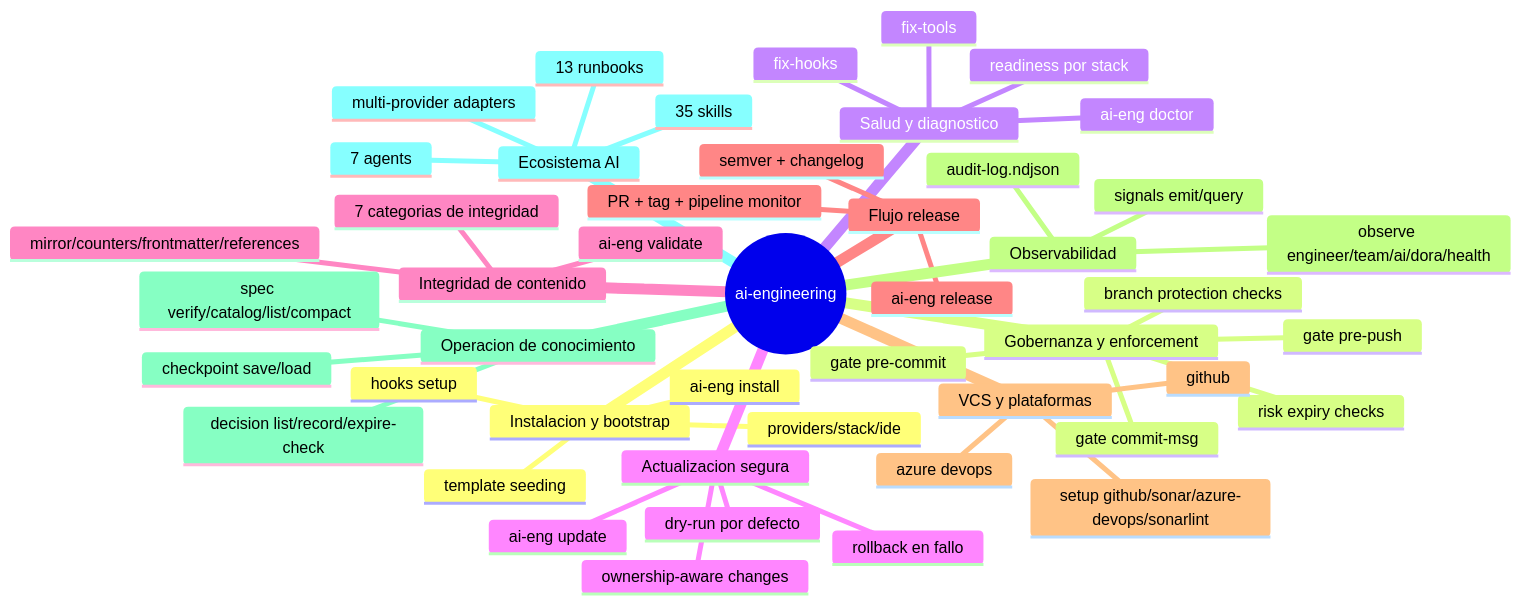
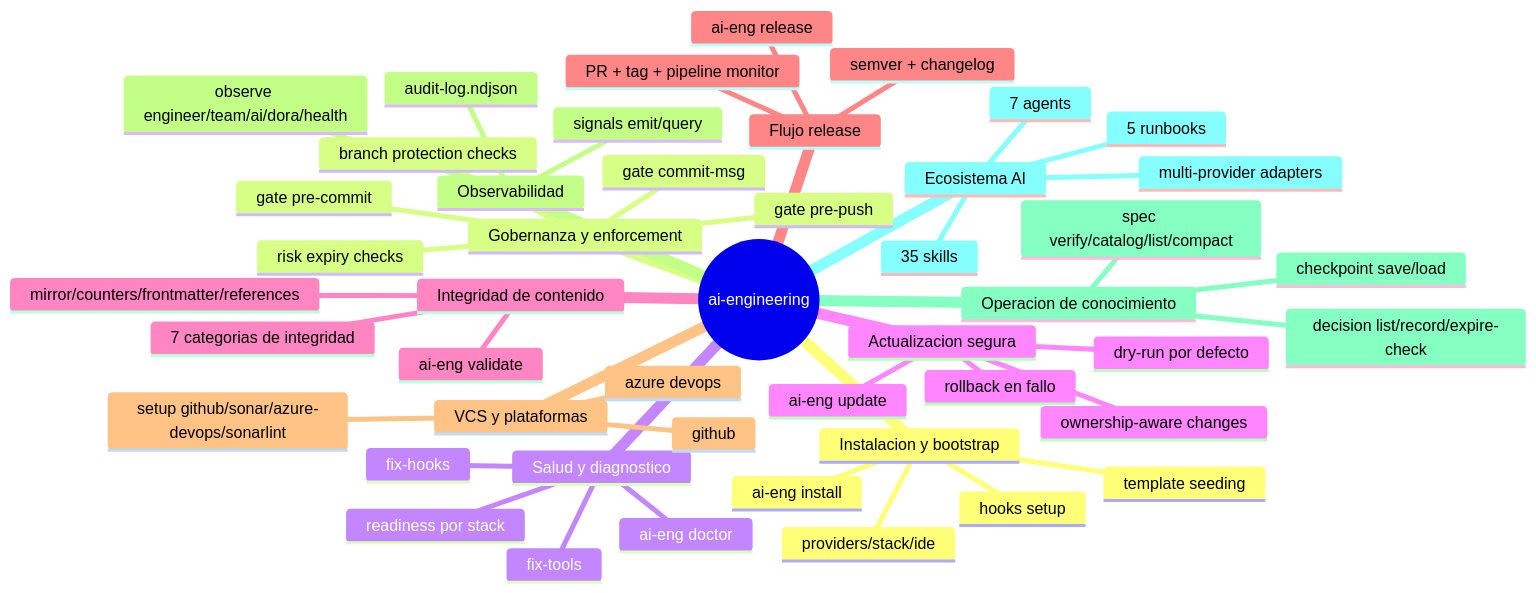
Before and after one commit to arcasilesgroup/ai-engineering: the fifth of 6 diagrams in docs/ai-engineering-auditoria-diagramas.md, drawn with Mermaid. The commit also changed 627 other files, not shown here.

````diff
--- a/docs/ai-engineering-auditoria-diagramas.md
+++ b/docs/ai-engineering-auditoria-diagramas.md
@@ -197,50 +197,50 @@
 ```mermaid
 mindmap
   root((ai-engineering))
     Instalacion y bootstrap
       ai-eng install
       providers/stack/ide
       template seeding
       hooks setup
     Gobernanza y enforcement
       gate pre-commit
       gate commit-msg
       gate pre-push
       branch protection checks
       risk expiry checks
     Salud y diagnostico
       ai-eng doctor
       fix-hooks
       fix-tools
       readiness por stack
     Actualizacion segura
       ai-eng update
       ownership-aware changes
       dry-run por defecto
       rollback en fallo
     Integridad de contenido
       ai-eng validate
       7 categorias de integridad
       mirror/counters/frontmatter/references
     Flujo release
       ai-eng release
       semver + changelog
       PR + tag + pipeline monitor
     VCS y plataformas
       github
       azure devops
       setup github/sonar/azure-devops/sonarlint
     Observabilidad
       signals emit/query
       observe engineer/team/ai/dora/health
       audit-log.ndjson
     Operacion de conocimiento
       spec verify/catalog/list/compact
       decision list/record/expire-check
       checkpoint save/load
     Ecosistema AI
       35 skills
       7 agents
-      13 runbooks
+      5 runbooks
       multi-provider adapters
 ```
````
